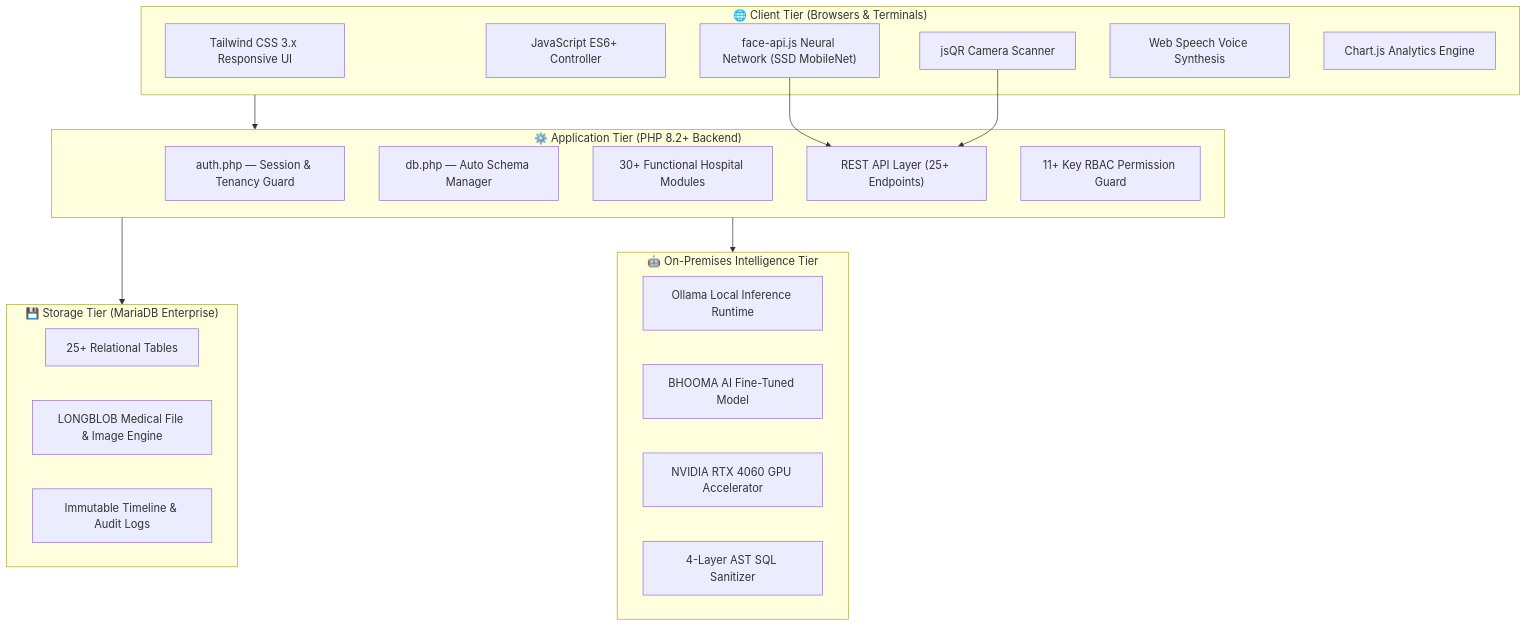
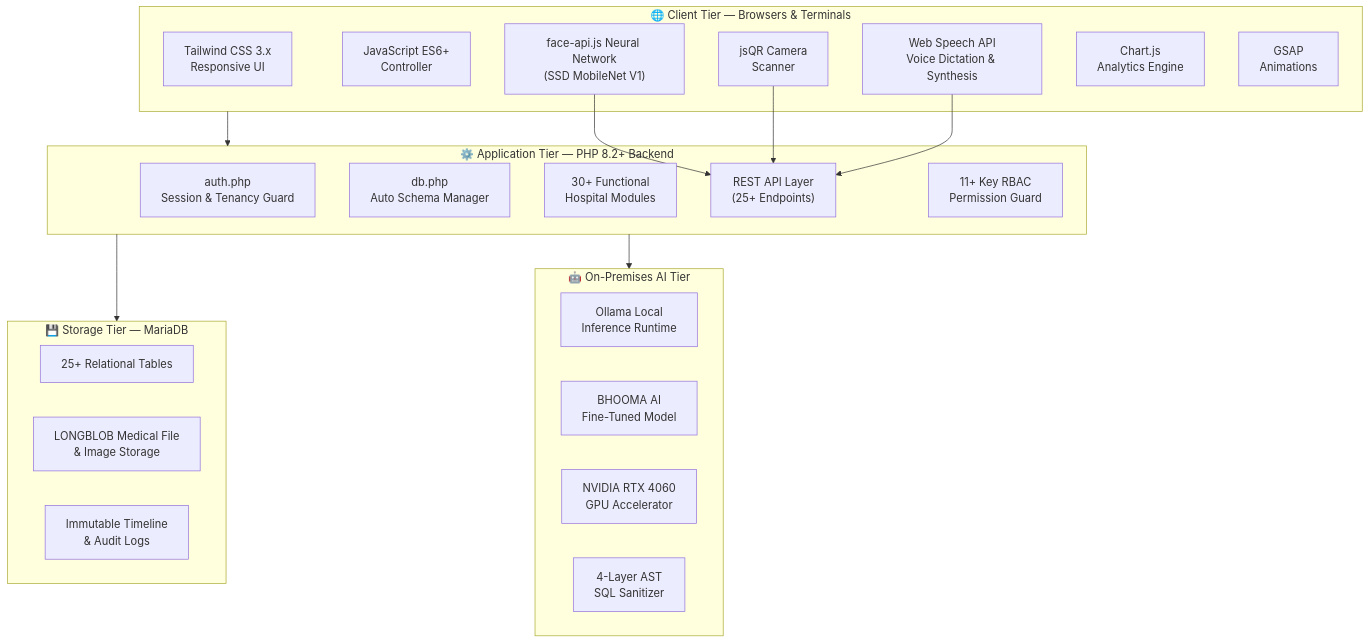
Before and after one commit to PoojanPatel7/hospital_management_system_Project: the second of 15 diagrams in README.md, drawn with Mermaid. The commit also changed other lines of this file, not shown here.

````diff
--- a/README.md
+++ b/README.md
@@ -261,38 +142,40 @@
 ```mermaid
 flowchart TB
-    subgraph CLIENT["🌐 Client Tier (Browsers & Terminals)"]
-        UI["Tailwind CSS 3.x Responsive UI"]
-        JS["JavaScript ES6+ Controller"]
-        QR_SCAN["jsQR Camera Scanner"]
-        FACE_NN["face-api.js Neural Network (SSD MobileNet)"]
-        VOICE_SYNTH["Web Speech Voice Synthesis"]
-        CHARTS["Chart.js Analytics Engine"]
+    subgraph CLIENT["🌐 Client Tier — Browsers & Terminals"]
+        UI["Tailwind CSS 3.x<br/>Responsive UI"]
+        JS["JavaScript ES6+<br/>Controller"]
+        QR_SCAN["jsQR Camera<br/>Scanner"]
+        FACE_NN["face-api.js Neural Network<br/>(SSD MobileNet V1)"]
+        VOICE["Web Speech API<br/>Voice Dictation & Synthesis"]
+        CHARTS["Chart.js<br/>Analytics Engine"]
+        GSAP_A["GSAP<br/>Animations"]
     end
 
-    subgraph SERVER["⚙️ Application Tier (PHP 8.2+ Backend)"]
-        AUTH["auth.php — Session & Tenancy Guard"]
-        SCHEMA["db.php — Auto Schema Manager"]
-        MODULES["30+ Functional Hospital Modules"]
-        REST_API["REST API Layer (25+ Endpoints)"]
-        PERM_GUARD["11+ Key RBAC Permission Guard"]
+    subgraph SERVER["⚙️ Application Tier — PHP 8.2+ Backend"]
+        AUTH["auth.php<br/>Session & Tenancy Guard"]
+        SCHEMA["db.php<br/>Auto Schema Manager"]
+        MODULES["30+ Functional<br/>Hospital Modules"]
+        REST_API["REST API Layer<br/>(25+ Endpoints)"]
+        PERM_GUARD["11+ Key RBAC<br/>Permission Guard"]
     end
 
-    subgraph DATA["💾 Storage Tier (MariaDB Enterprise)"]
+    subgraph DATA["💾 Storage Tier — MariaDB"]
         RELATIONAL["25+ Relational Tables"]
-        BLOB_STORE["LONGBLOB Medical File & Image Engine"]
-        AUDIT_LOGS["Immutable Timeline & Audit Logs"]
+        BLOB_STORE["LONGBLOB Medical File<br/>& Image Storage"]
+        AUDIT_LOGS["Immutable Timeline<br/>& Audit Logs"]
     end
 
-    subgraph AI["🤖 On-Premises Intelligence Tier"]
-        OLLAMA["Ollama Local Inference Runtime"]
-        BHOOMA["BHOOMA AI Fine-Tuned Model"]
-        GPU["NVIDIA RTX 4060 GPU Accelerator"]
-        SANITIZER["4-Layer AST SQL Sanitizer"]
+    subgraph AI["🤖 On-Premises AI Tier"]
+        OLLAMA["Ollama Local<br/>Inference Runtime"]
+        BHOOMA["BHOOMA AI<br/>Fine-Tuned Model"]
+        GPU["NVIDIA RTX 4060<br/>GPU Accelerator"]
+        SANITIZER["4-Layer AST<br/>SQL Sanitizer"]
     end
 
     CLIENT --> SERVER
     SERVER --> DATA
     SERVER --> AI
     FACE_NN --> REST_API
     QR_SCAN --> REST_API
+    VOICE --> REST_API
 ```
````
